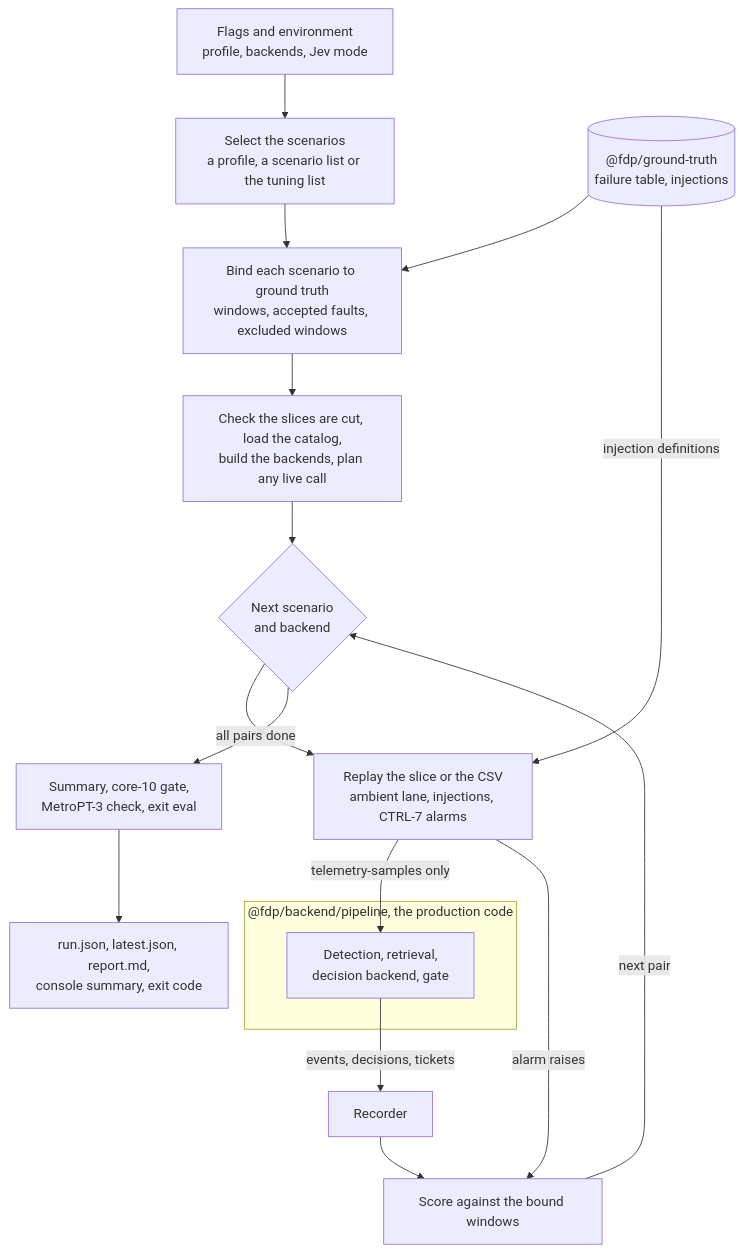
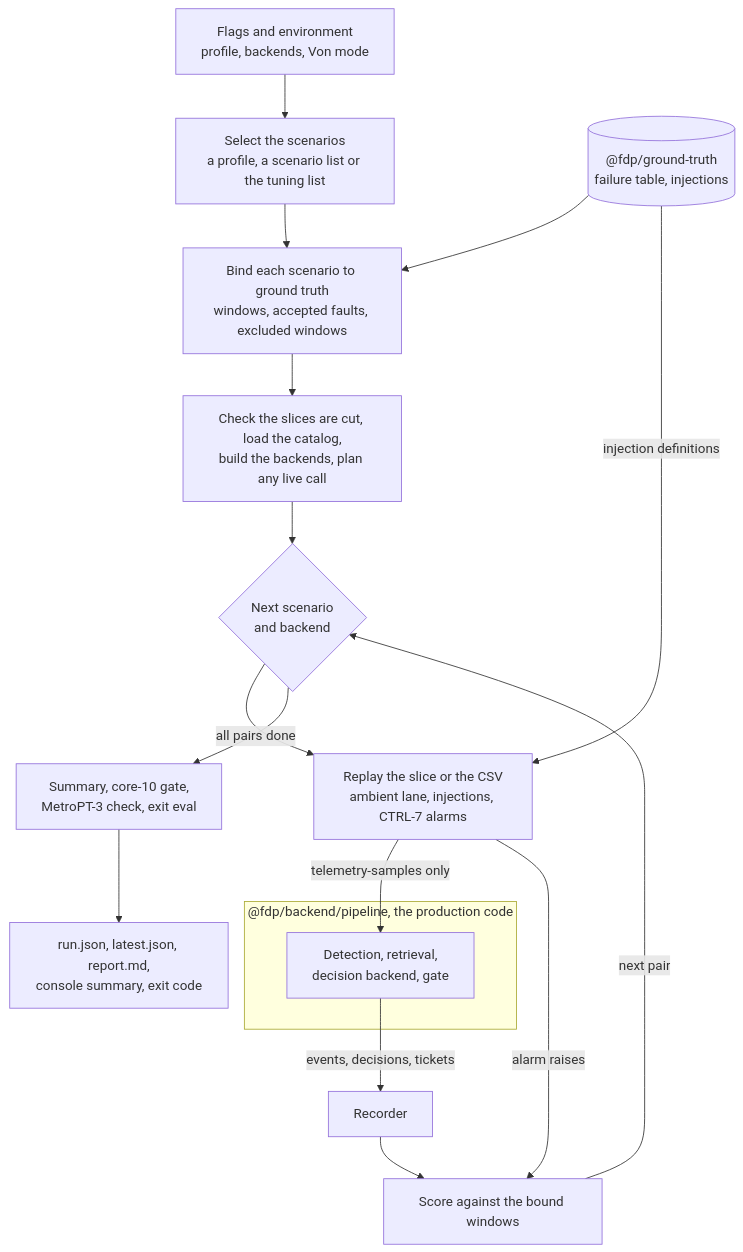
Before and after one commit to arunpune/von-fault-diagnosis-poc: the first of 3 diagrams in docs/evaluation.md, drawn with Mermaid. The commit also changed other lines of this file and 256 other files, not shown here.

Commit message:
Rename JEV to VON and configure backend

````diff
--- a/docs/evaluation.md
+++ b/docs/evaluation.md
@@ -25,20 +25,20 @@
 ```mermaid
 flowchart TB
-    CFG["Flags and environment<br/>profile, backends, Jev mode"] --> SEL["Select the scenarios<br/>a profile, a scenario list or the tuning list"]
+    CFG["Flags and environment<br/>profile, backends, Von mode"] --> SEL["Select the scenarios<br/>a profile, a scenario list or the tuning list"]
     SEL --> BIND["Bind each scenario to ground truth<br/>windows, accepted faults, excluded windows"]
     GT[("@fdp/ground-truth<br/>failure table, injections")] --> BIND
     BIND --> PREP["Check the slices are cut, load the catalog,<br/>build the backends, plan any live call"]
     PREP --> PAIR{"Next scenario<br/>and backend"}
     PAIR --> REPLAY["Replay the slice or the CSV<br/>ambient lane, injections, CTRL-7 alarms"]
     GT -->|"injection definitions"| REPLAY
     subgraph pipe["@fdp/backend/pipeline, the production code"]
         DIAG["Detection, retrieval,<br/>decision backend, gate"]
     end
     REPLAY -->|"telemetry-samples only"| DIAG
     DIAG -->|"events, decisions, tickets"| REC["Recorder"]
     REC --> SCORE["Score against the bound windows"]
     REPLAY -->|"alarm raises"| SCORE
     SCORE -->|"next pair"| PAIR
     PAIR -->|"all pairs done"| SUM["Summary, core-10 gate,<br/>MetroPT-3 check, exit eval"]
     SUM --> OUT["run.json, latest.json, report.md,<br/>console summary, exit code"]
 ```
````
